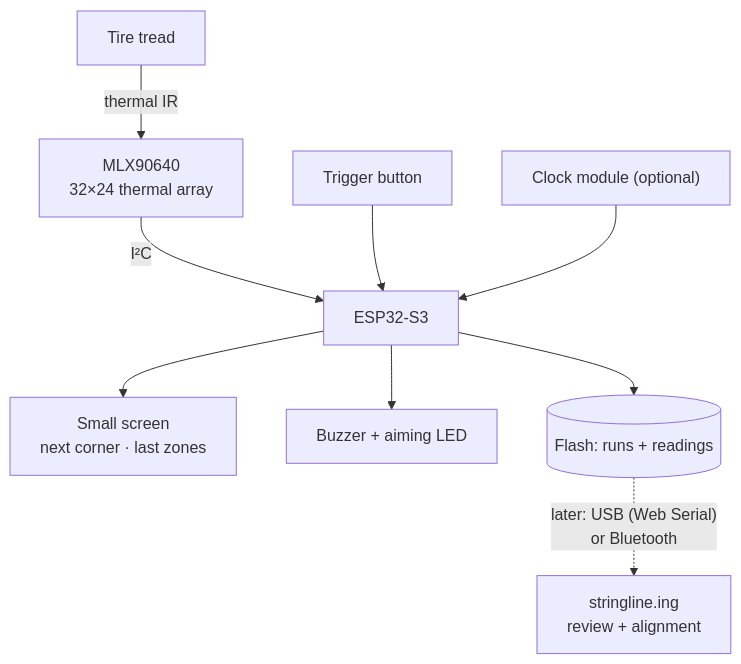
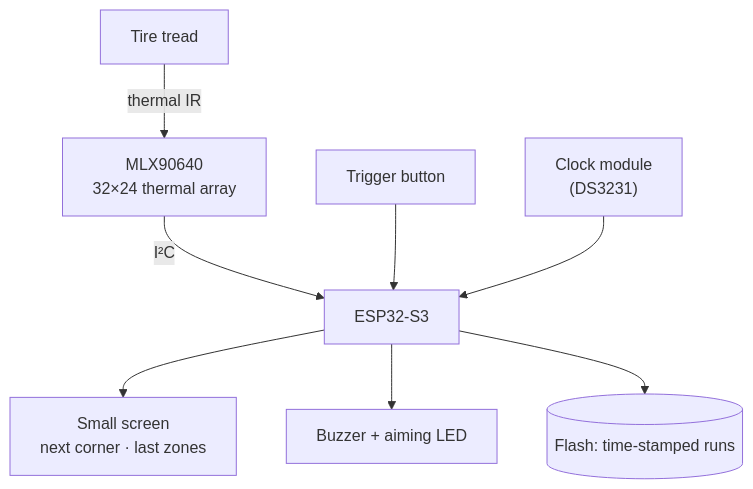
Before and after one commit to jaimebuildsthings/pit-pyro: the diagram in docs/plan.md, drawn with Mermaid. The commit also changed other lines of this file, not shown here.

Commit message:
docs: drop sync details from the plan; DS3231 clock is required

````diff
--- a/docs/plan.md
+++ b/docs/plan.md
@@ -17,11 +17,10 @@
 ```mermaid
 flowchart TB
     tire["Tire tread"] -- "thermal IR" --> cam["MLX90640<br/>32×24 thermal array"]
     cam -- "I²C" --> esp["ESP32-S3"]
     trig["Trigger button"] --> esp
     esp --> screen["Small screen<br/>next corner · last zones"]
     esp --> fb["Buzzer + aiming LED"]
-    esp --> store[("Flash: runs + readings")]
-    clock["Clock module (optional)"] --> esp
-    store -. "later: USB (Web Serial)<br/>or Bluetooth" .-> sl["stringline.ing<br/>review + alignment"]
+    esp --> store[("Flash: time-stamped runs")]
+    clock["Clock module<br/>(DS3231)"] --> esp
 ```
````
